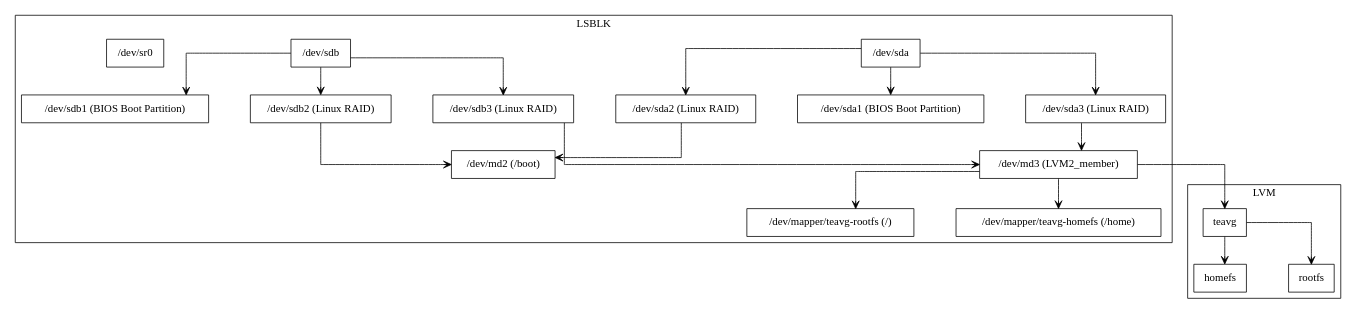
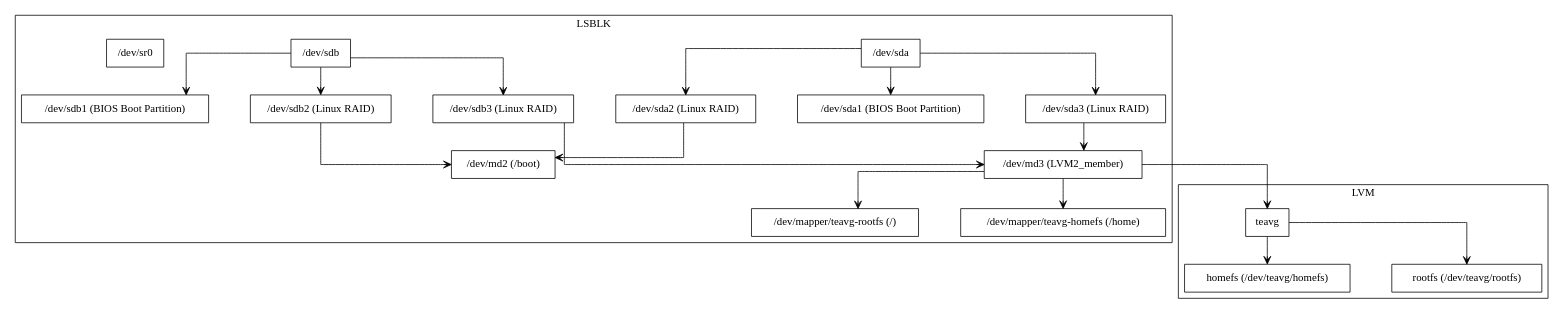
Before and after one commit to ptomulik/dsklayout: the diagram in Digraph.gv, drawn with Graphviz. The commit also changed 4 other files, not shown here.

```diff
--- a/Digraph.gv
+++ b/Digraph.gv
@@ -1,46 +1,46 @@
 digraph {
 	node [shape=rect]
 	edge [arrowhead=vee arrowtail=vee]
 	nodesep=0.75 splines=ortho
 	// Block-device graph created with lsblk
 	subgraph cluster_lsblk {
 		label = "LSBLK"
 		"/dev/sda" [label="/dev/sda"]
 		"/dev/sda1" [label="/dev/sda1 (BIOS Boot Partition)"]
 		"/dev/sda2" [label="/dev/sda2 (Linux RAID)"]
 		"/dev/md2" [label="/dev/md2 (/boot)"]
 		"/dev/sda3" [label="/dev/sda3 (Linux RAID)"]
 		"/dev/md3" [label="/dev/md3 (LVM2_member)"]
 		"/dev/dm-0" [label="/dev/mapper/teavg-rootfs (/)"]
 		"/dev/dm-1" [label="/dev/mapper/teavg-homefs (/home)"]
 		"/dev/sdb" [label="/dev/sdb"]
 		"/dev/sdb1" [label="/dev/sdb1 (BIOS Boot Partition)"]
 		"/dev/sdb2" [label="/dev/sdb2 (Linux RAID)"]
 		"/dev/sdb3" [label="/dev/sdb3 (Linux RAID)"]
 		"/dev/sr0" [label="/dev/sr0"]
 		"/dev/sda" -> "/dev/sda1"
 		"/dev/sda" -> "/dev/sda2"
 		"/dev/sda2" -> "/dev/md2"
 		"/dev/sda" -> "/dev/sda3"
 		"/dev/sda3" -> "/dev/md3"
 		"/dev/md3" -> "/dev/dm-0"
 		"/dev/md3" -> "/dev/dm-1"
 		"/dev/sdb" -> "/dev/sdb1"
 		"/dev/sdb" -> "/dev/sdb2"
 		"/dev/sdb2" -> "/dev/md2"
 		"/dev/sdb" -> "/dev/sdb3"
 		"/dev/sdb3" -> "/dev/md3"
 	}
 	// LVM graph
 	subgraph cluster_lvm {
 		color=black
 		label="LVM"
 		teavg
 		"/dev/md3"
 		"/dev/md3" -> teavg
-		homefs
+		homefs [label="homefs (/dev/teavg/homefs)"]
 		teavg -> homefs
-		rootfs
+		rootfs [label="rootfs (/dev/teavg/rootfs)"]
 		teavg -> rootfs
 	}
 }
```
